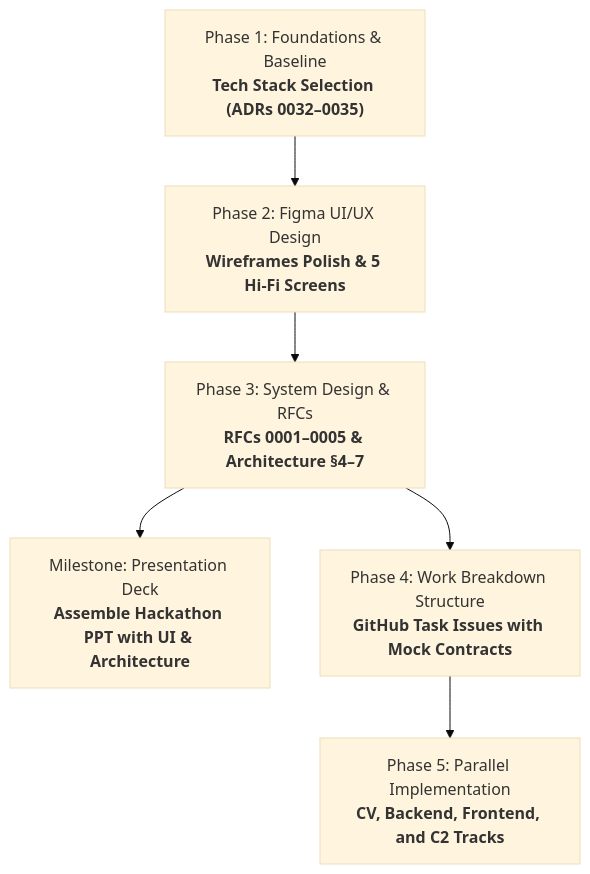
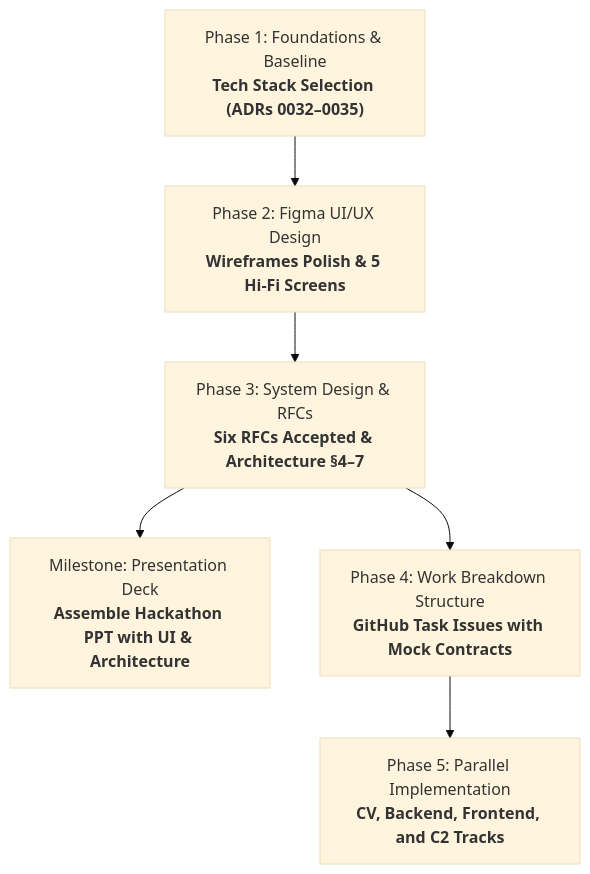
The diagram in ROADMAP.md (Sujatx/ibvap), drawn with Mermaid (base theme) before and after one commit. The commit also changed other lines of this file and 33 other files, not shown here.

First line of the commit message:
Restructure dev rig under src/dvr, add System Design Document, close watchlist hi-fi gap

````diff
--- a/ROADMAP.md
+++ b/ROADMAP.md
@@ -38,8 +38,8 @@
 ```mermaid
 graph TD
     P1["Phase 1: Foundations & Baseline<br/><b>Tech Stack Selection (ADRs 0032–0035)</b>"] --> P2["Phase 2: Figma UI/UX Design<br/><b>Wireframes Polish & 5 Hi-Fi Screens</b>"]
-    P2 --> P3["Phase 3: System Design & RFCs<br/><b>RFCs 0001–0005 & Architecture §4–7</b>"]
+    P2 --> P3["Phase 3: System Design & RFCs<br/><b>Six RFCs Accepted & Architecture §4–7</b>"]
     P3 --> PPT["Milestone: Presentation Deck<br/><b>Assemble Hackathon PPT with UI & Architecture</b>"]
     P3 --> P4["Phase 4: Work Breakdown Structure<br/><b>GitHub Task Issues with Mock Contracts</b>"]
     P4 --> P5["Phase 5: Parallel Implementation<br/><b>CV, Backend, Frontend, and C2 Tracks</b>"]
 ```
````
